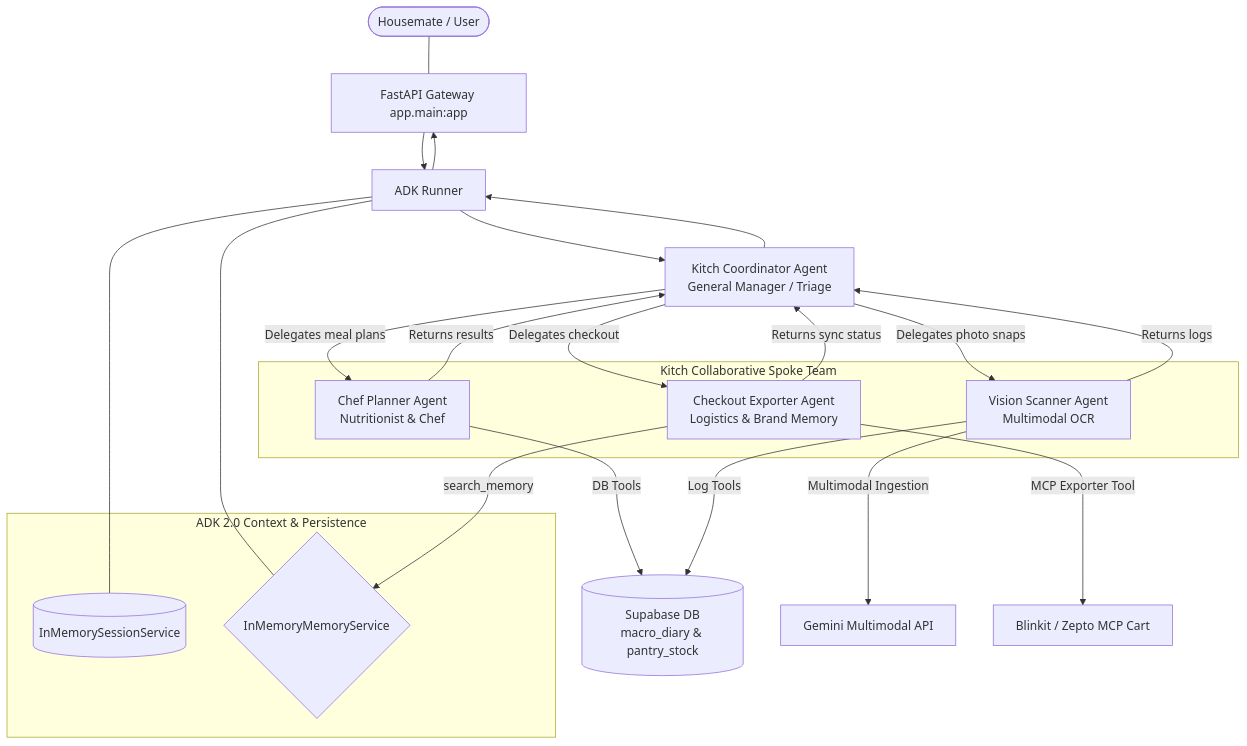
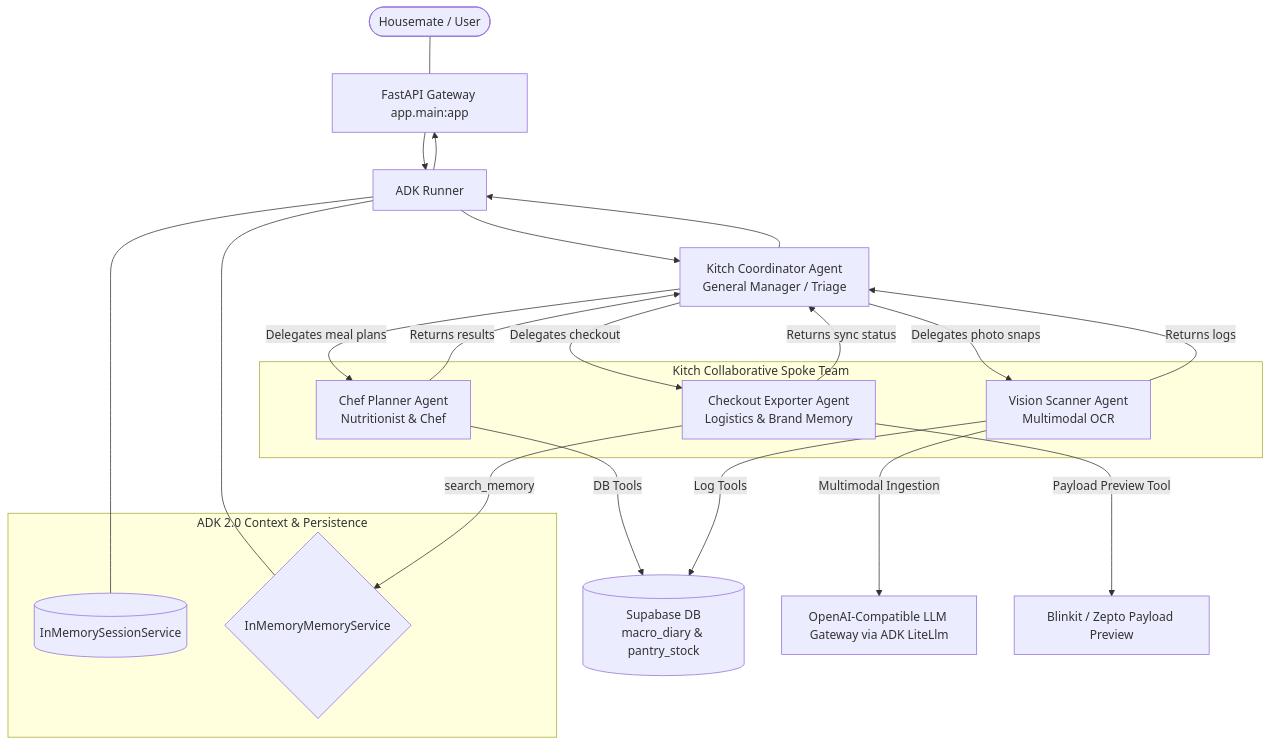
One commit to architworks/meal_and_grocery_agent changed the diagram in docs/walkthrough.md. Above: the diagram before and after it, drawn with Mermaid. The commit also changed 6 other files, not shown here.

Commit message:
feat: add detailed documentation for current agent topology, AI architecture, technology stack, and walkthrough updates

````diff
--- a/docs/walkthrough.md
+++ b/docs/walkthrough.md
@@ -17,45 +17,45 @@
 ```mermaid
 flowchart TD
     %% Entry point
     User([Housemate / User]) --- Gateway[FastAPI Gateway app.main:app]
     Gateway --> Runner[ADK Runner]
     Runner --> Gateway
     
     %% Native Services Layer
     subgraph ADK_Services [ADK 2.0 Context & Persistence]
         SessionSvc[(InMemorySessionService)]
         MemorySvc{InMemoryMemoryService}
     end
     
     Runner --- SessionSvc
     Runner --- MemorySvc
     
     %% Parent Coordinator
     Runner --> Parent[Kitch Coordinator Agent<br>General Manager / Triage]
     Parent --> Runner
     
     %% Multi-Agent Routing & Delegation (3-Spoke Topology)
     subgraph Agent_Team [Kitch Collaborative Spoke Team]
         SubChef[Chef Planner Agent<br>Nutritionist & Chef]
         SubVision[Vision Scanner Agent<br>Multimodal OCR]
         SubCart[Checkout Exporter Agent<br>Logistics & Brand Memory]
     end
     
     Parent -->|Delegates meal plans| SubChef
     SubChef -->|Returns results| Parent
     
     Parent -->|Delegates photo snaps| SubVision
     SubVision -->|Returns logs| Parent
     
     Parent -->|Delegates checkout| SubCart
     SubCart -->|Returns sync status| Parent
     
     %% Specialized Spoke Dependencies
     SubChef -->|DB Tools| DB[(Supabase DB<br>meal_plans)]
     
-    SubVision -->|Multimodal Ingestion| Gemini[Gemini Multimodal API]
+    SubVision -->|Multimodal Ingestion| LLM[OpenAI-Compatible LLM Gateway via ADK LiteLlm]
     SubVision -->|Log Tools| DB[(Supabase DB<br>macro_diary & pantry_stock)]
     
     SubCart -->|search_memory| MemorySvc
-    SubCart -->|MCP Exporter Tool| MCP[Blinkit / Zepto MCP Cart]
+    SubCart -->|Payload Preview Tool| Payload[Blinkit / Zepto Payload Preview]
 ```
````
